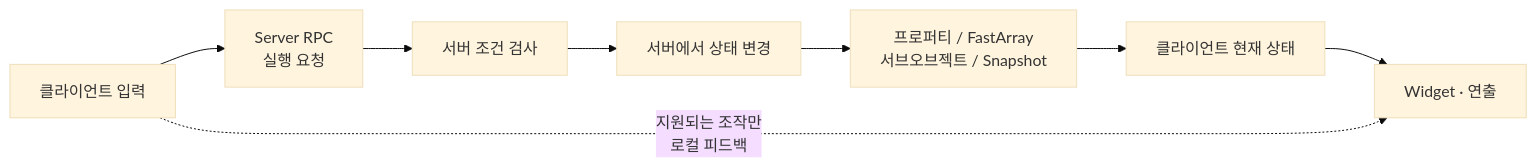
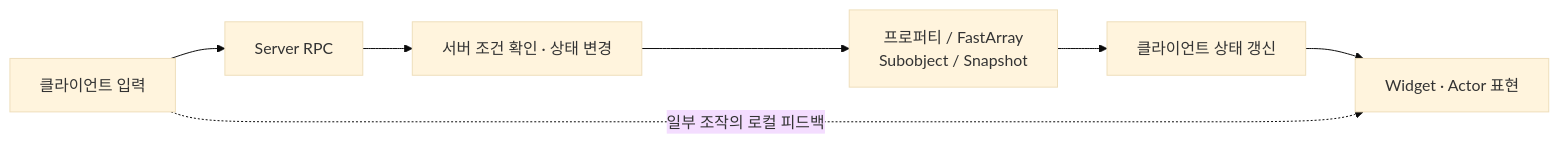
One commit to chungheonLee0325/Sonheim changed the first of 2 diagrams in Doc/Wiki/12_Multiplayer_Synchronization.md. Above: the diagram before and after it, drawn with Mermaid (base theme). The commit also changed other lines of this file, not shown here.

```diff
--- a/Doc/Wiki/12_Multiplayer_Synchronization.md
+++ b/Doc/Wiki/12_Multiplayer_Synchronization.md
@@ -40,10 +7,9 @@
 ~~~mermaid
 flowchart LR
-    INPUT["클라이언트 입력"] --> REQUEST["Server RPC<br/>실행 요청"]
-    REQUEST --> CHECK["서버 조건 검사"]
-    CHECK --> MUTATION["서버에서 상태 변경"]
-    MUTATION --> REP["프로퍼티 / FastArray<br/>서브오브젝트 / Snapshot"]
-    REP --> CLIENT["클라이언트 현재 상태"]
-    CLIENT --> UI["Widget · 연출"]
-    INPUT -. "지원되는 조작만<br/>로컬 피드백" .-> UI
+    A["클라이언트 입력"] --> B["Server RPC"]
+    B --> C["서버 조건 확인 · 상태 변경"]
+    C --> D["프로퍼티 / FastArray<br/>Subobject / Snapshot"]
+    D --> E["클라이언트 상태 갱신"]
+    E --> F["Widget · Actor 표현"]
+    A -. "일부 조작의 로컬 피드백" .-> F
 ~~~
```
